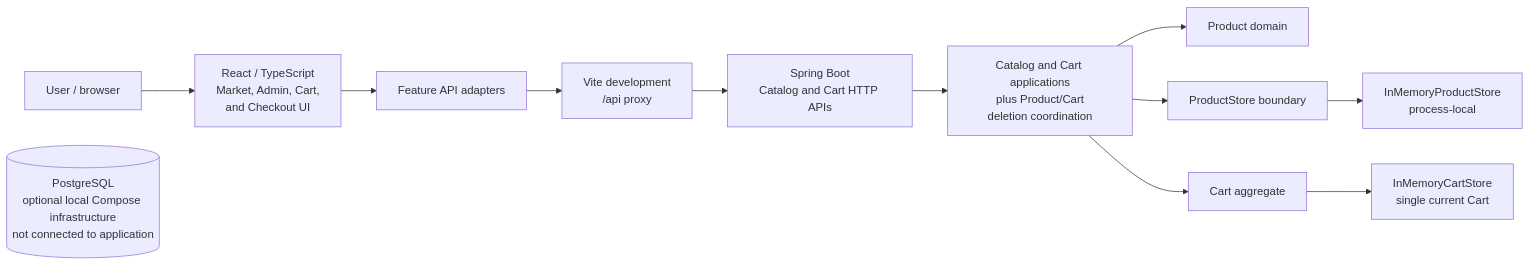
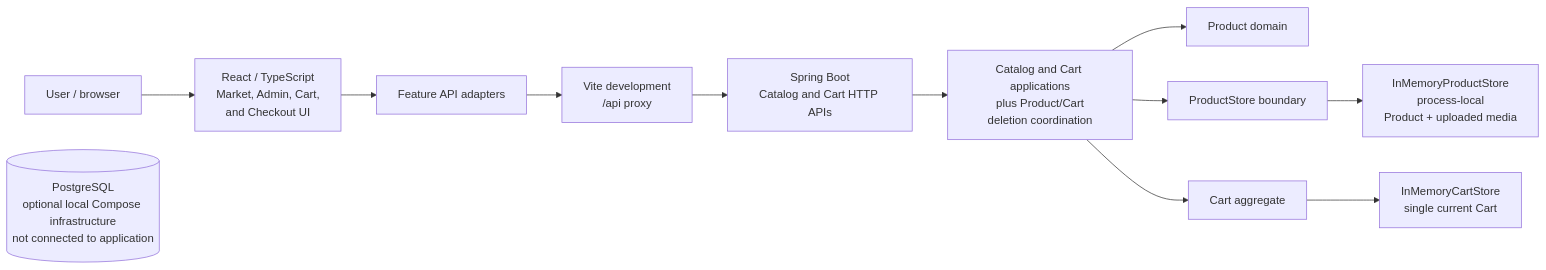
Before and after one commit to Samska/samska-sandbox: the first of 2 diagrams in README.md, drawn with Mermaid. The commit also changed other lines of this file and 63 other files, not shown here.

First line of the commit message:
feat(catalog): add Product Media Upload (#58)

````diff
--- a/README.md
+++ b/README.md
@@ -54,15 +55,15 @@
 ```mermaid
 flowchart LR
     User[User / browser] --> UI[React / TypeScript<br/>Market, Admin, Cart,<br/>and Checkout UI]
     UI --> Adapter[Feature API adapters]
     Adapter --> Proxy[Vite development<br/>/api proxy]
     Proxy --> HTTP[Spring Boot<br/>Catalog and Cart HTTP APIs]
     HTTP --> App[Catalog and Cart applications<br/>plus Product/Cart<br/>deletion coordination]
     App --> Domain[Product domain]
     App --> Store[ProductStore boundary]
-    Store --> Memory[InMemoryProductStore<br/>process-local]
+    Store --> Memory[InMemoryProductStore<br/>process-local<br/>Product + uploaded media]
     App --> Cart[Cart aggregate]
     Cart --> CartMemory[InMemoryCartStore<br/>single current Cart]
 
     Postgres[(PostgreSQL<br/>optional local Compose infrastructure<br/>not connected to application)]
 ```
````
